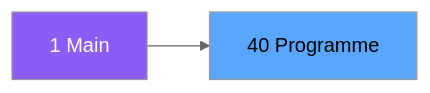
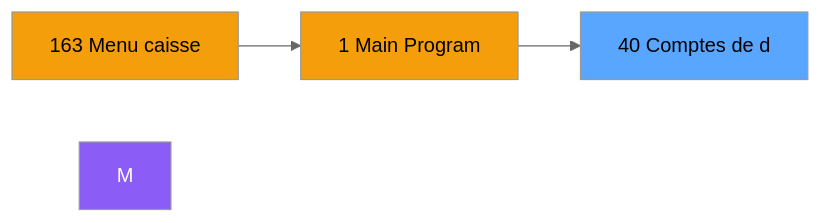
Before and after one commit to thonyAGP/magic-migration: the second of 3 diagrams in .openspec/specs/ADH-IDE-40.md, drawn with Mermaid (neutral theme). The commit also changed other lines of this file and 323 other files, not shown here.

````diff
--- a/.openspec/specs/ADH-IDE-40.md
+++ b/.openspec/specs/ADH-IDE-40.md
@@ -106,8 +117,12 @@
 ```mermaid
 graph LR
-    M[1 Main]
-    T[40 Programme]
-    M --> T
+    N163[163 Menu caisse ]
+    N1[1 Main Program]
+    T[40 Comptes de d]
+    N163 --> N1
+    N1 --> T
     style M fill:#8b5cf6,color:#fff
+    style N163 fill:#f59e0b
+    style N1 fill:#f59e0b
     style T fill:#58a6ff,color:#000
 ```
````
